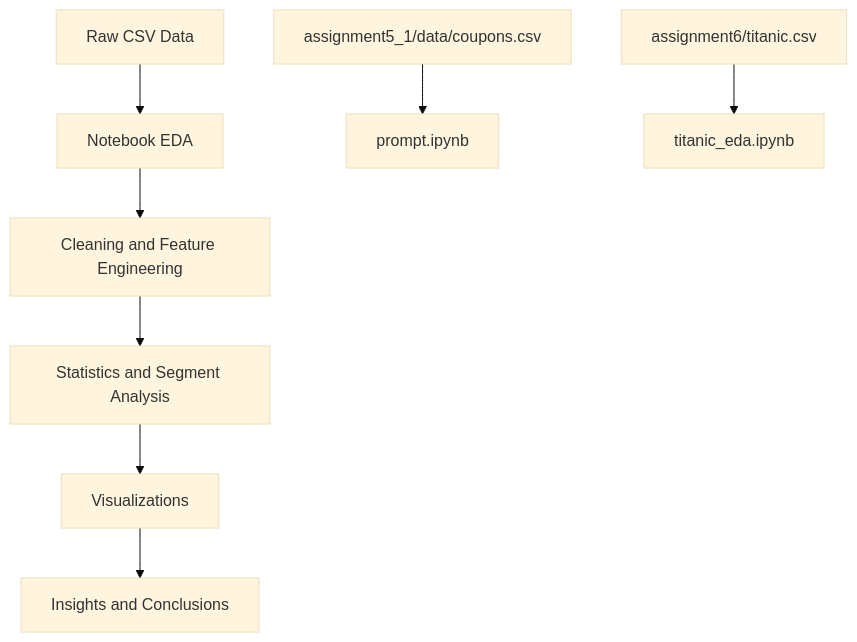
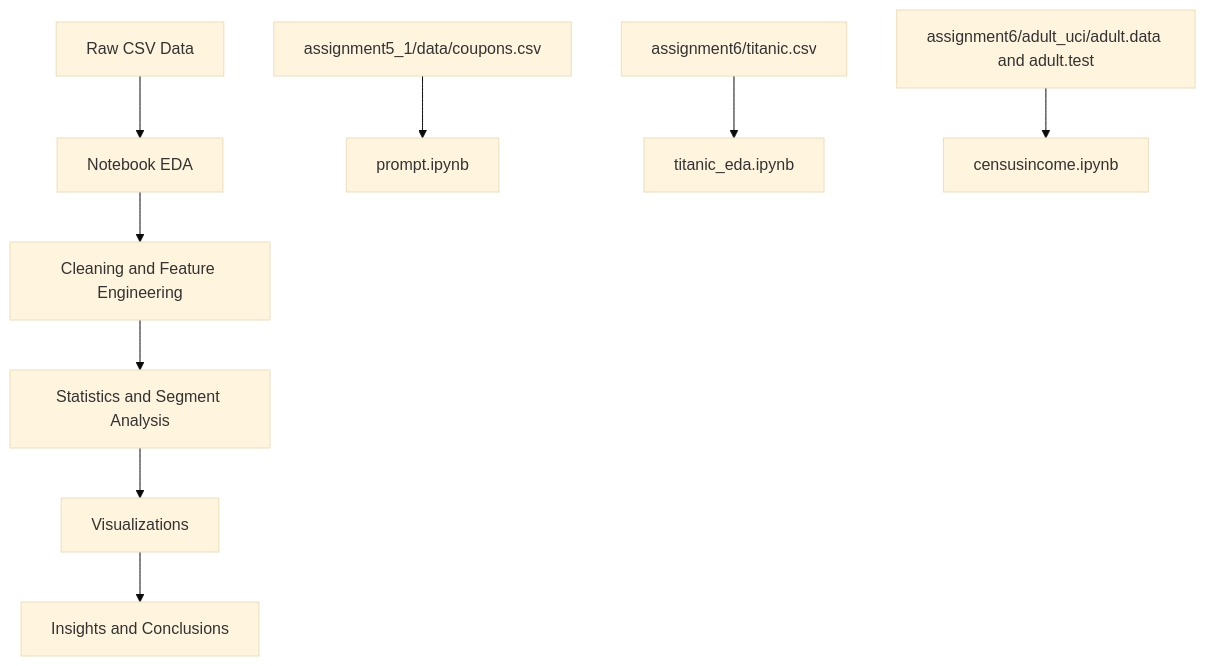
Before and after one commit to avirupdandapat/UCB-AIMLrepo: the first of 4 diagrams in README.md, drawn with Mermaid (base theme). The commit also changed other lines of this file and 5 other files, not shown here.

````diff
--- a/README.md
+++ b/README.md
@@ -111,11 +135,12 @@
 ```mermaid
 flowchart TD
     A[Raw CSV Data] --> B[Notebook EDA]
     B --> C[Cleaning and Feature Engineering]
     C --> D[Statistics and Segment Analysis]
     D --> E[Visualizations]
     E --> F[Insights and Conclusions]
 
     A1[assignment5_1/data/coupons.csv] --> B1[prompt.ipynb]
     A2[assignment6/titanic.csv] --> B2[titanic_eda.ipynb]
+    A3[assignment6/adult_uci/adult.data and adult.test] --> B3[censusincome.ipynb]
 ```
````
